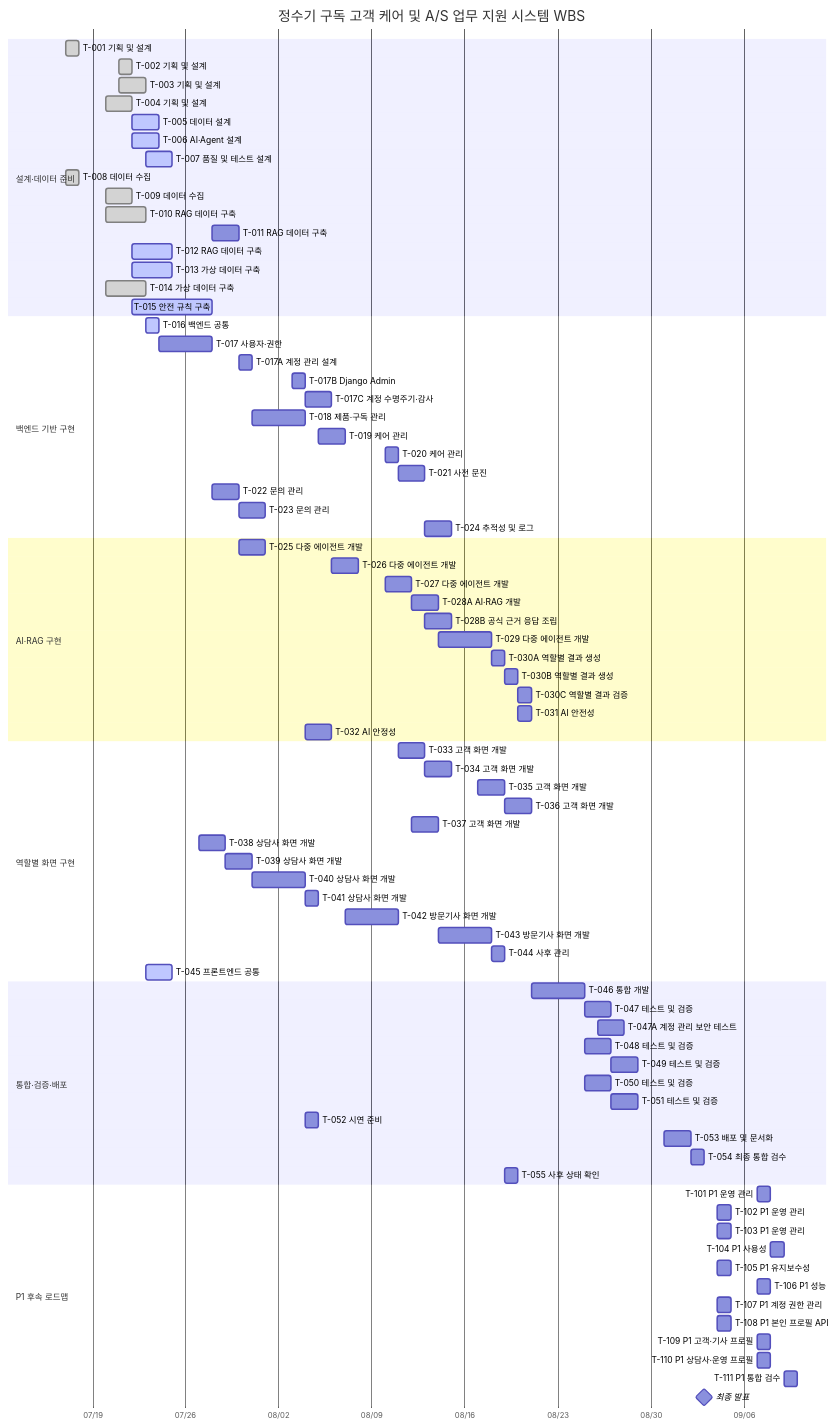
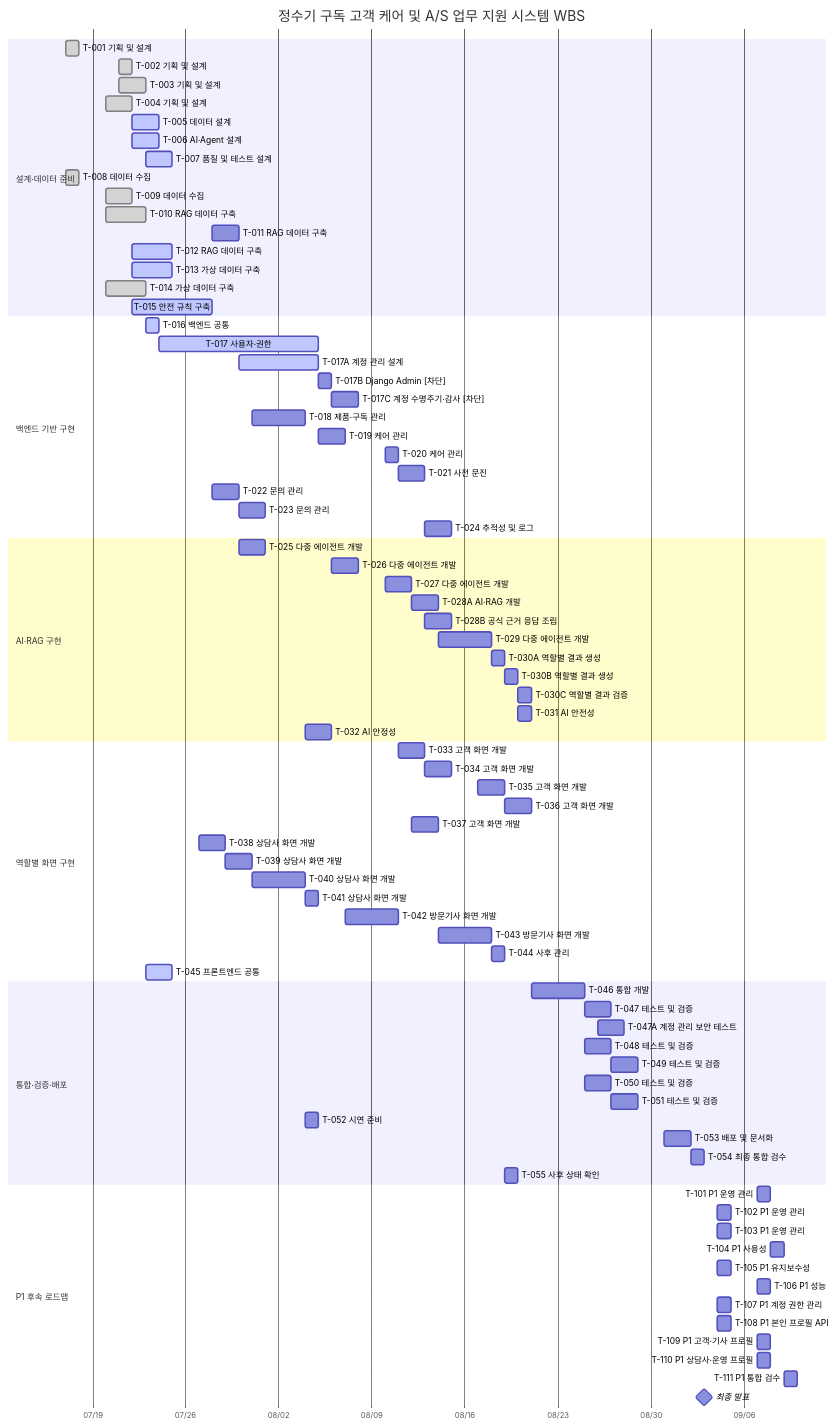
One commit to SKNETWORKS-FAMILY-AICAMP/SKN29-FINAL-4TEAM changed the diagram in docs/planning/md/WBS.md. Above: the diagram before and after it, drawn with Mermaid. The commit also changed other lines of this file and 1 other file, not shown here.

```diff
--- a/docs/planning/md/WBS.md
+++ b/docs/planning/md/WBS.md
@@ -230,10 +230,10 @@
     T-015 안전 규칙 구축 :active, T015, 2026-07-22, 6d
     section 백엔드 기반 구현
     T-016 백엔드 공통 :active, T016, 2026-07-23, 1d
-    T-017 사용자·권한 :T017, 2026-07-24, 4d
-    T-017A 계정 관리 설계 :T017A, 2026-07-30, 1d
-    T-017B Django Admin :T017B, 2026-08-03, 1d
-    T-017C 계정 수명주기·감사 :T017C, 2026-08-04, 2d
+    T-017 사용자·권한 :active, T017, 2026-07-24, 12d
+    T-017A 계정 관리 설계 :active, T017A, 2026-07-30, 6d
+    T-017B Django Admin [차단] :T017B, 2026-08-05, 1d
+    T-017C 계정 수명주기·감사 [차단] :T017C, 2026-08-06, 2d
     T-018 제품·구독 관리 :T018, 2026-07-31, 4d
     T-019 케어 관리 :T019, 2026-08-05, 2d
     T-020 케어 관리 :T020, 2026-08-10, 1d
```
